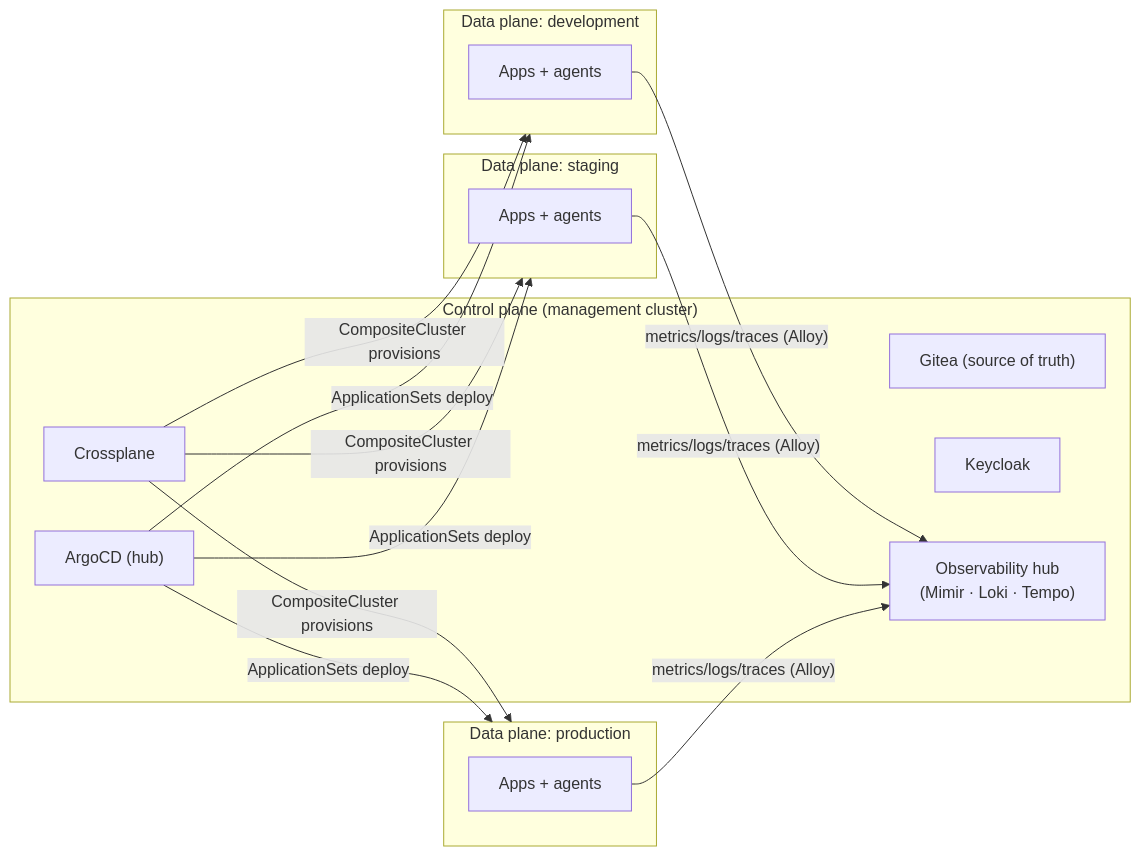
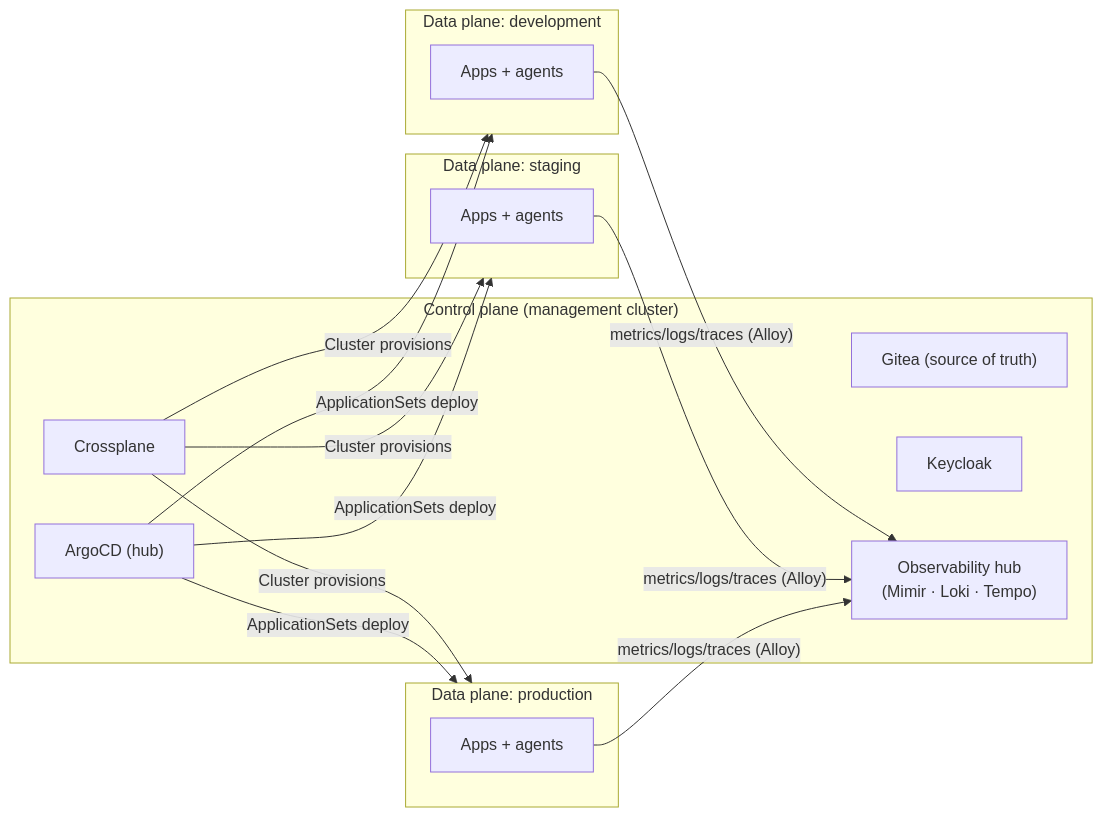
The third of 4 diagrams in docs/ARCHITECTURE.md (adhar-io/adhar), drawn with Mermaid before and after one commit. The commit also changed other lines of this file and 309 other files, not shown here.

````diff
--- a/docs/ARCHITECTURE.md
+++ b/docs/ARCHITECTURE.md
@@ -297,22 +297,22 @@
 ```mermaid
 flowchart LR
     subgraph mgmt["Control plane (management cluster)"]
         gitea2["Gitea (source of truth)"]
         argo2["ArgoCD (hub)"]
         xp2["Crossplane"]
         kc["Keycloak"]
         obs2["Observability hub<br/>(Mimir · Loki · Tempo)"]
     end
     subgraph dev["Data plane: development"]
         wl1["Apps + agents"]
     end
     subgraph stg["Data plane: staging"]
         wl2["Apps + agents"]
     end
     subgraph prod["Data plane: production"]
         wl3["Apps + agents"]
     end
-    xp2 -- "CompositeCluster provisions" --> dev & stg & prod
+    xp2 -- "Cluster provisions" --> dev & stg & prod
     argo2 -- "ApplicationSets deploy" --> dev & stg & prod
     wl1 & wl2 & wl3 -- "metrics/logs/traces (Alloy)" --> obs2
 ```
````
